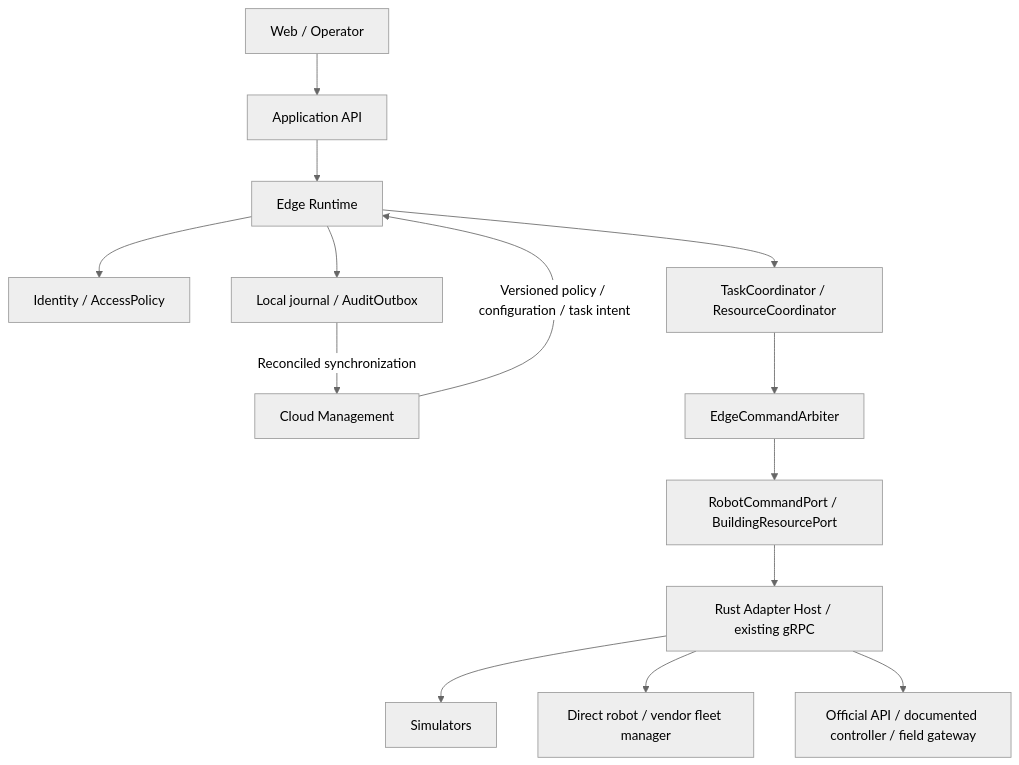
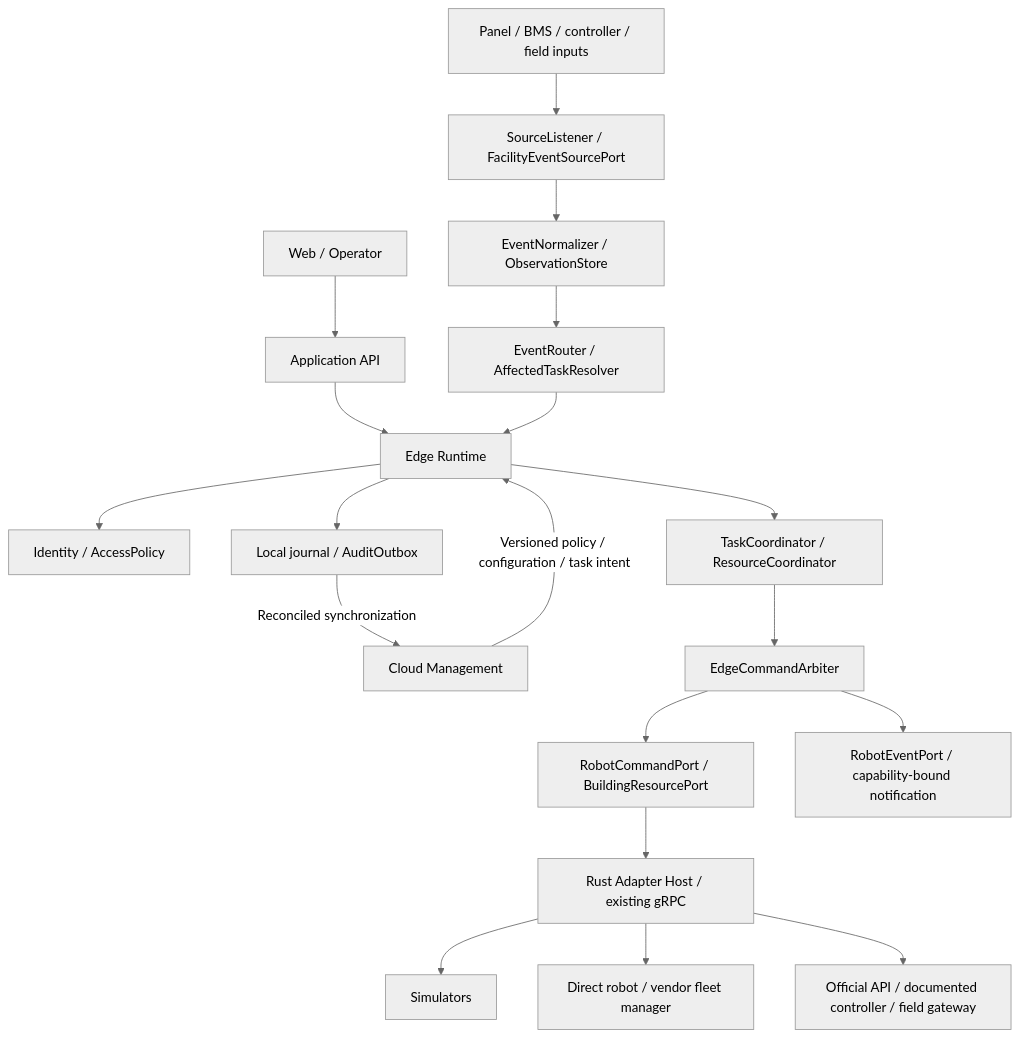
One commit to burak0206/robotics-starter changed the diagram in docs/product-scope.md. Above: the diagram before and after it, drawn with Mermaid (neutral theme). The commit also changed other lines of this file and 2 other files, not shown here.

Commit message:
docs: expand facility listeners, command flows and commissioning scope

````diff
--- a/docs/product-scope.md
+++ b/docs/product-scope.md
@@ -62,16 +68,21 @@
 ```mermaid
 flowchart TD
     Web[Web / Operator] --> API[Application API]
     Cloud[Cloud Management] -->|Versioned policy / configuration / task intent| Edge[Edge Runtime]
     API --> Edge
     Edge --> Policy[Identity / AccessPolicy]
     Edge --> Tasks[TaskCoordinator / ResourceCoordinator]
     Tasks --> Arbiter[EdgeCommandArbiter]
     Arbiter --> Ports[RobotCommandPort / BuildingResourcePort]
     Ports --> Host[Rust Adapter Host / existing gRPC]
     Host --> Sim[Simulators]
     Host --> Robot[Direct robot / vendor fleet manager]
     Host --> Building[Official API / documented controller / field gateway]
+    Sources[Panel / BMS / controller / field inputs] --> Listeners[SourceListener / FacilityEventSourcePort]
+    Listeners --> Normalize[EventNormalizer / ObservationStore]
+    Normalize --> Router[EventRouter / AffectedTaskResolver]
+    Router --> Edge
+    Arbiter --> Notify[RobotEventPort / capability-bound notification]
     Edge --> Journal[Local journal / AuditOutbox]
     Journal -->|Reconciled synchronization| Cloud
 ```
````
